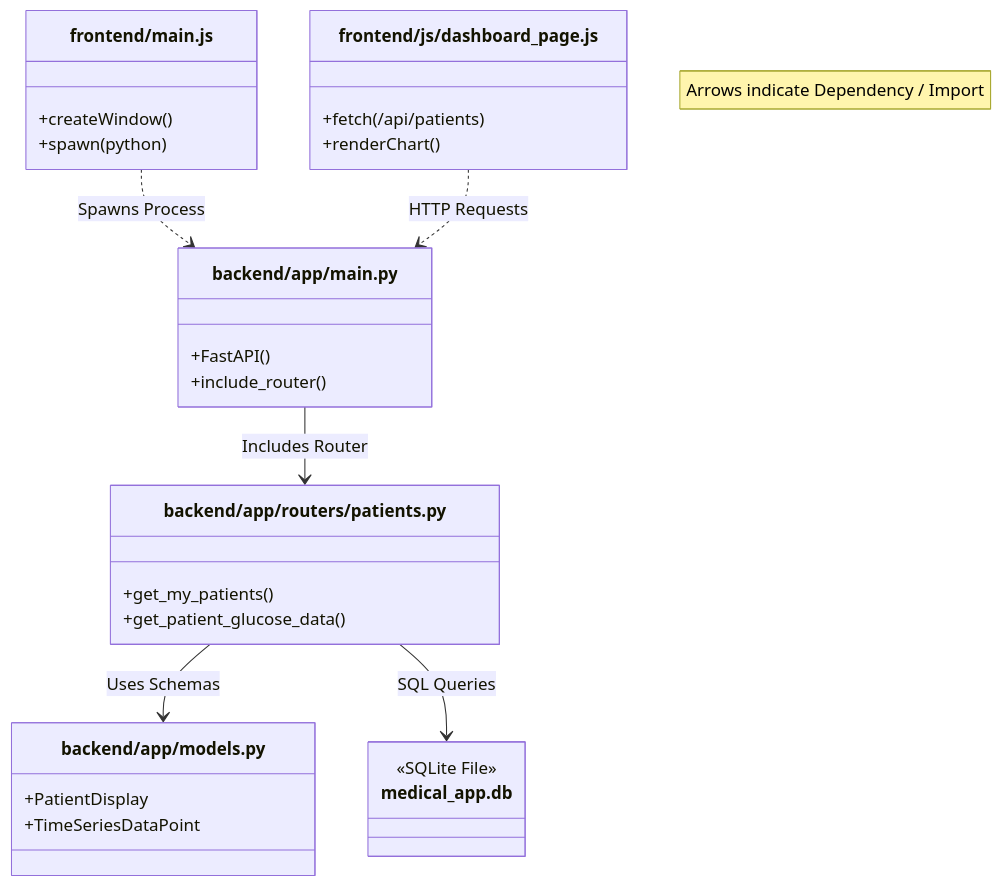
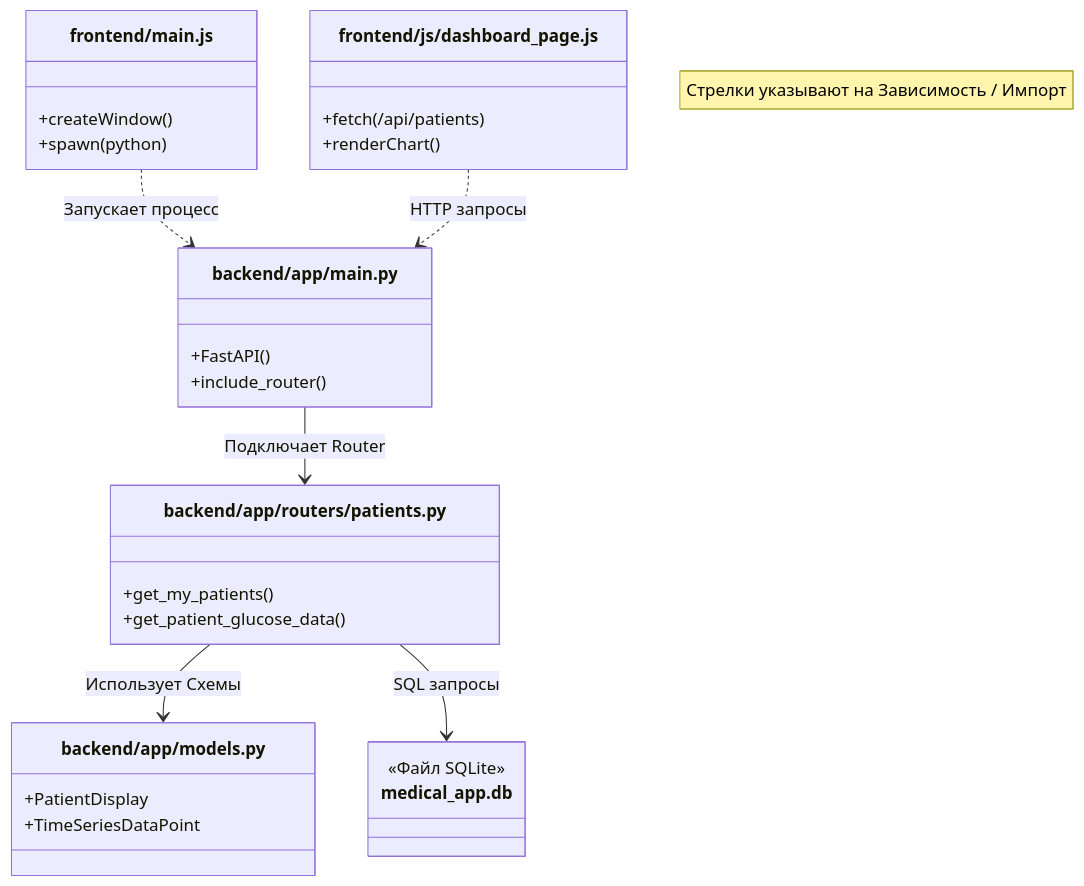
The fourth of 5 diagrams in project_report.md (Dr-U-boop/Glukoze-Test), drawn with Mermaid before and after one commit. The commit also changed other lines of this file, not shown here.

````diff
--- a/project_report.md
+++ b/project_report.md
@@ -200,34 +200,34 @@
 ```mermaid
 classDiagram
-    note "Arrows indicate Dependency / Import"
+    note "Стрелки указывают на Зависимость / Импорт"
     
     class ElectronMain["frontend/main.js"] {
         +createWindow()
         +spawn(python)
     }
     class FrontendUI["frontend/js/dashboard_page.js"] {
         +fetch(/api/patients)
         +renderChart()
     }
     class BackendMain["backend/app/main.py"] {
         +FastAPI()
         +include_router()
     }
     class PatientRouter["backend/app/routers/patients.py"] {
         +get_my_patients()
         +get_patient_glucose_data()
     }
     class Models["backend/app/models.py"] {
         +PatientDisplay
         +TimeSeriesDataPoint
     }
     class Database["medical_app.db"] {
-        <<SQLite File>>
+        <<Файл SQLite>>
     }
 
-    ElectronMain ..> BackendMain : Spawns Process
-    FrontendUI ..> BackendMain : HTTP Requests
-    BackendMain --> PatientRouter : Includes Router
-    PatientRouter --> Models : Uses Schemas
-    PatientRouter --> Database : SQL Queries
+    ElectronMain ..> BackendMain : Запускает процесс
+    FrontendUI ..> BackendMain : HTTP запросы
+    BackendMain --> PatientRouter : Подключает Router
+    PatientRouter --> Models : Использует Схемы
+    PatientRouter --> Database : SQL запросы
 ```
````
